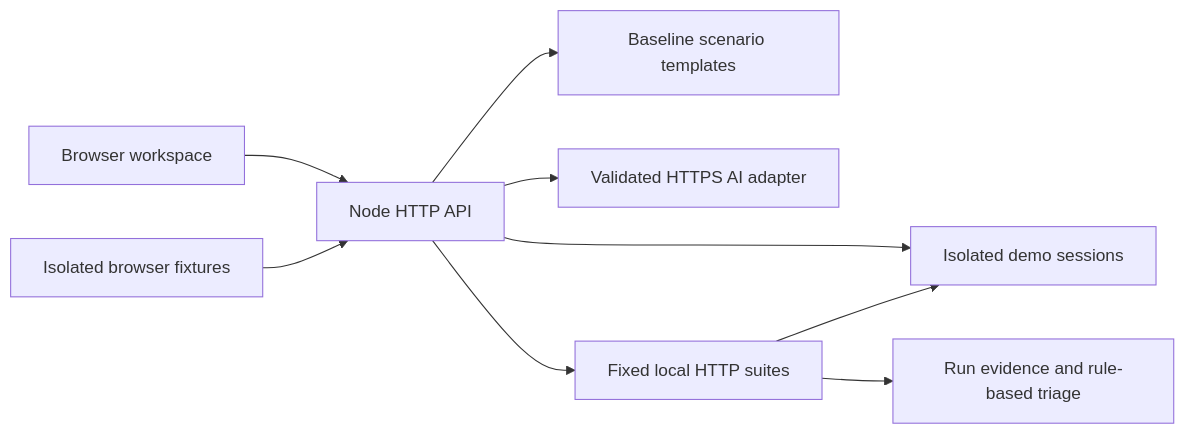
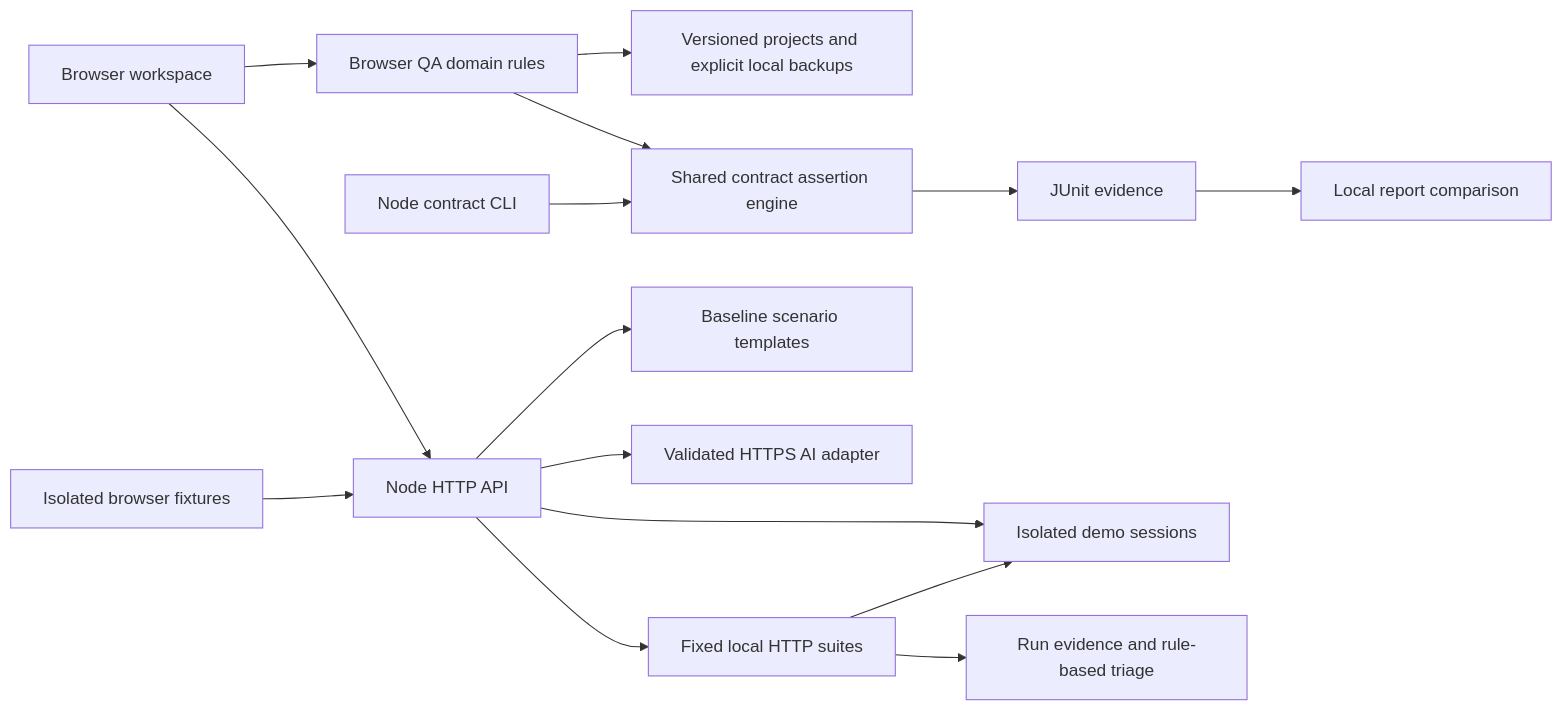
The diagram in README.md (prapulinet/qualitypilot), drawn with Mermaid before and after one commit. The commit also changed other lines of this file and 23 other files, not shown here.

````diff
--- a/README.md
+++ b/README.md
@@ -129,11 +133,17 @@
 ```mermaid
 flowchart LR
   Browser[Browser workspace] --> API[Node HTTP API]
+  Browser --> LocalRules[Browser QA domain rules]
+  LocalRules --> Workspace[Versioned projects and explicit local backups]
+  LocalRules --> Contracts[Shared contract assertion engine]
+  CLI[Node contract CLI] --> Contracts
+  Contracts --> JUnit[JUnit evidence]
+  JUnit --> Inbox[Local report comparison]
   API --> Baseline[Baseline scenario templates]
   API --> Gateway[Validated HTTPS AI adapter]
   API --> Commerce[Isolated demo sessions]
   API --> Runner[Fixed local HTTP suites]
   Runner --> Commerce
   Runner --> Reports[Run evidence and rule-based triage]
   Playwright[Isolated browser fixtures] --> API
 ```
````
